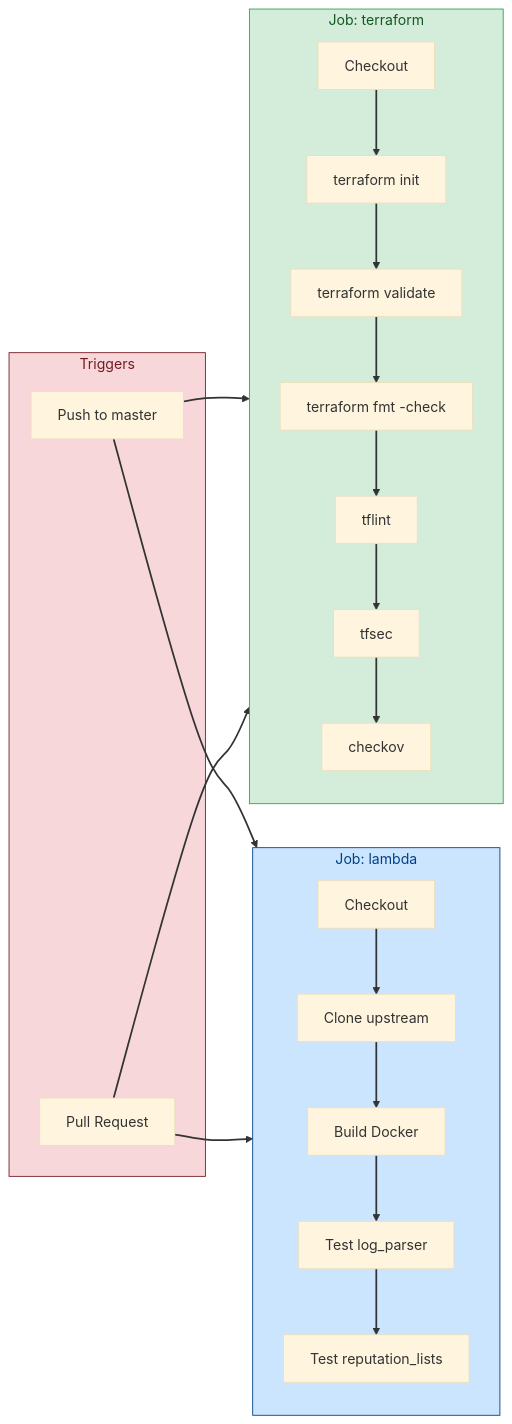
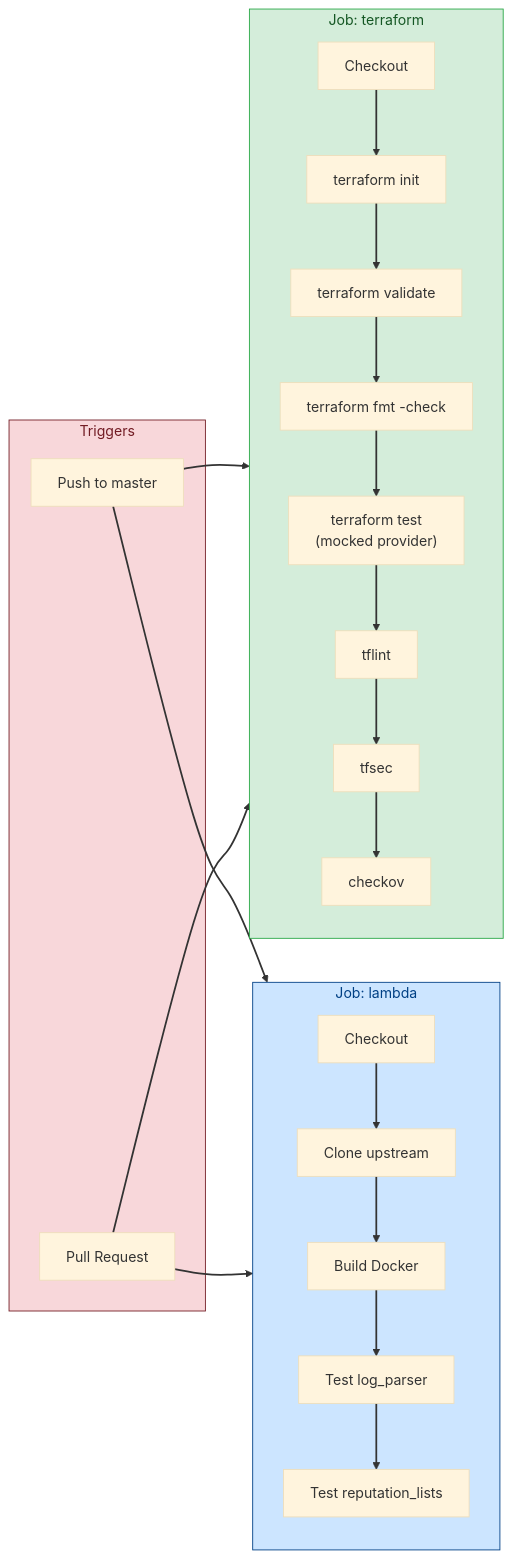
One commit to datastreamapp/terraform-waf-module changed the third of 7 diagrams in docs/ARCHITECTURE.md. Above: the diagram before and after it, drawn with Mermaid (base theme). The commit also changed other lines of this file and 5 other files, not shown here.

First line of the commit message:
docs(waf): document path_rate_rules, ADR-005 and the Terraform test

````diff
--- a/docs/ARCHITECTURE.md
+++ b/docs/ARCHITECTURE.md
@@ -131,38 +131,39 @@
 ```mermaid
 flowchart LR
     subgraph Trigger["Triggers"]
         Push["Push to master"]
         PR["Pull Request"]
     end
 
     subgraph TerraformJob["Job: terraform"]
         direction TB
         T1["Checkout"]
         T2["terraform init"]
         T3["terraform validate"]
         T4["terraform fmt -check"]
+        T4b["terraform test<br/>(mocked provider)"]
         T5["tflint"]
         T6["tfsec"]
         T7["checkov"]
-        T1 --> T2 --> T3 --> T4 --> T5 --> T6 --> T7
+        T1 --> T2 --> T3 --> T4 --> T4b --> T5 --> T6 --> T7
     end
 
     subgraph LambdaJob["Job: lambda"]
         direction TB
         L1["Checkout"]
         L2["Clone upstream"]
         L3["Build Docker"]
         L4["Test log_parser"]
         L5["Test reputation_lists"]
         L1 --> L2 --> L3 --> L4 --> L5
     end
 
     Push & PR --> TerraformJob
     Push & PR --> LambdaJob
 
     style Trigger fill:#f8d7da,stroke:#721c24,color:#721c24
     style TerraformJob fill:#d4edda,stroke:#28a745,color:#155724
     style LambdaJob fill:#cce5ff,stroke:#004085,color:#004085
 
     linkStyle default stroke:#333,stroke-width:2px
 ```
````
